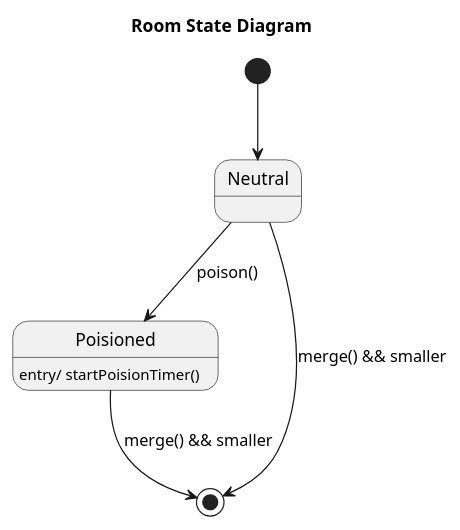
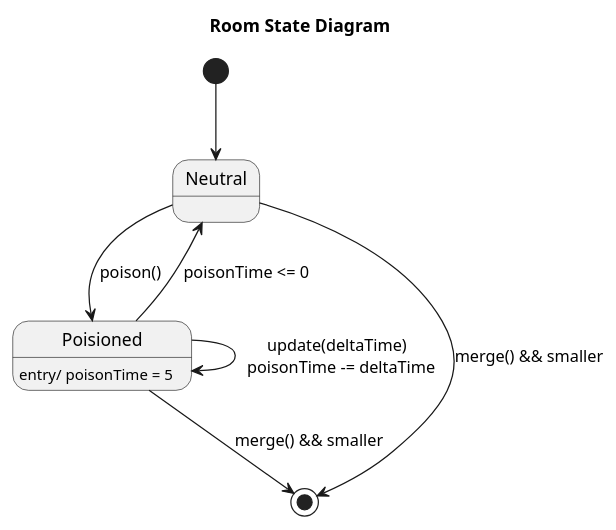
The diagram in docs/diagrams/state/room-state.puml (sn4k3ch4rm3r/logarlec), drawn with PlantUML before and after one commit. The commit also changed 3 other files, not shown here.

Commit message:
Refactored state diagrams to use a different timing sceme

```diff
--- a/docs/diagrams/state/room-state.puml
+++ b/docs/diagrams/state/room-state.puml
@@ -1,11 +1,13 @@
 @startuml room
 title Room State Diagram
 [*] --> Neutral
 Neutral --> Poisioned: poison()
 
 Neutral --> [*]: merge() && smaller
 Poisioned --> [*]: merge() && smaller
+Poisioned --> Poisioned: update(deltaTime) \n poisonTime -= deltaTime
+Poisioned --> Neutral: poisonTime <= 0
 
-Poisioned: entry/ startPoisionTimer()
+Poisioned: entry/ poisonTime = 5
 
 @enduml
```
